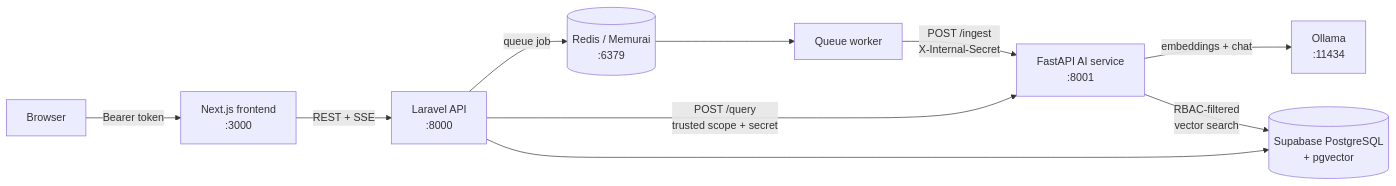
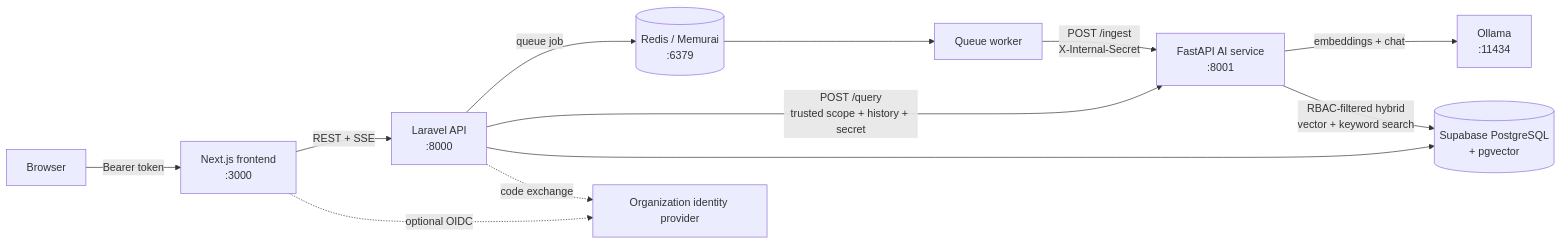
The diagram in README.md (Efice10/rag-assistance), drawn with Mermaid before and after one commit. The commit also changed other lines of this file and 19 other files, not shown here.

First line of the commit message:
Add single sign-on (OIDC) and document every module (roadmap module 15)

````diff
--- a/README.md
+++ b/README.md
@@ -11,12 +11,14 @@
 ```mermaid
 flowchart LR
     U[Browser] -->|Bearer token| FE[Next.js frontend<br/>:3000]
     FE -->|REST + SSE| BE[Laravel API<br/>:8000]
     BE -->|queue job| R[(Redis / Memurai<br/>:6379)]
     R --> W[Queue worker]
     W -->|POST /ingest<br/>X-Internal-Secret| AI[FastAPI AI service<br/>:8001]
-    BE -->|POST /query<br/>trusted scope + secret| AI
+    BE -->|POST /query<br/>trusted scope + history + secret| AI
     AI -->|embeddings + chat| O[Ollama<br/>:11434]
-    AI -->|RBAC-filtered<br/>vector search| DB[(Supabase PostgreSQL<br/>+ pgvector)]
+    AI -->|RBAC-filtered hybrid<br/>vector + keyword search| DB[(Supabase PostgreSQL<br/>+ pgvector)]
     BE --> DB
+    FE -. optional OIDC .-> IDP[Organization identity provider]
+    BE -. code exchange .-> IDP
 ```
````
